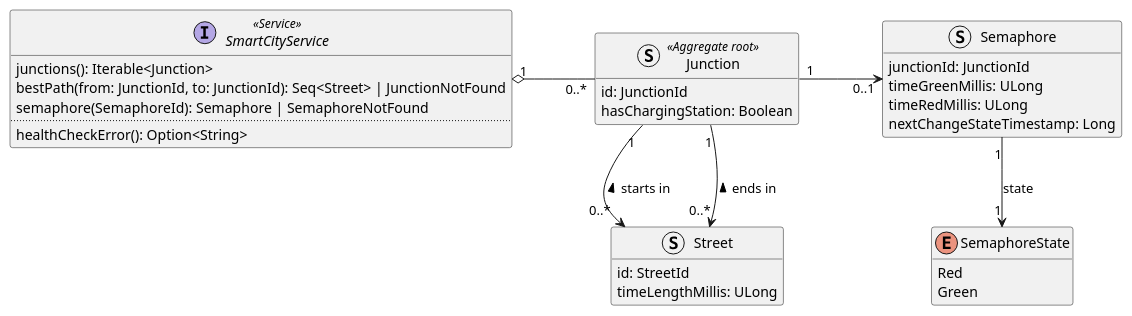
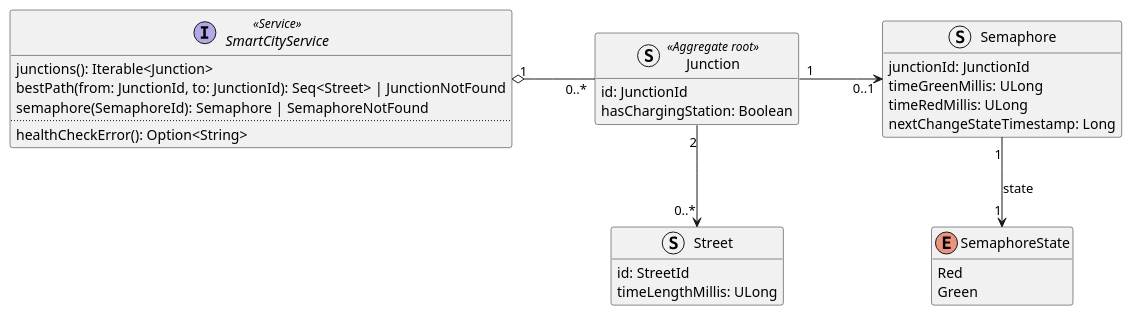
Before and after one commit to Ventus218/SAP-assignment-03: the diagram in doc/diagrams/src/smart-city-domain-model.puml, drawn with PlantUML.

Commit message:
Update Street-Junction relationship

```diff
--- a/doc/diagrams/src/smart-city-domain-model.puml
+++ b/doc/diagrams/src/smart-city-domain-model.puml
@@ -1,43 +1,41 @@
 @startuml smart-city-domain-model
 
 hide empty members
 
 struct Junction <<Aggregate root>> {
     id: JunctionId
     hasChargingStation: Boolean
 }
 
 struct Street {
     id: StreetId
     timeLengthMillis: ULong
 }
 
 struct Semaphore {
     junctionId: JunctionId
     timeGreenMillis: ULong
     timeRedMillis: ULong
     nextChangeStateTimestamp: Long
 }
 
 enum SemaphoreState {
     Red
     Green
 }
 
 interface SmartCityService <<Service>> {
     junctions(): Iterable<Junction>
     bestPath(from: JunctionId, to: JunctionId): Seq<Street> | JunctionNotFound
     semaphore(SemaphoreId): Semaphore | SemaphoreNotFound
     ..
     healthCheckError(): Option<String>
 }
 
 
 Junction "1" -r-> "0..1" Semaphore : "              "
-Street "0..*" <-u- "1" Junction : "starts in >"
-Street -u[hidden]- Junction
-Street "0..*" <-u- "1" Junction : "ends in >"
+Street "0..*" <-u- "2" Junction
 Semaphore "1" --> "1" SemaphoreState : "state"
 SmartCityService "1" o- "0..*" Junction : "              "
 
 @enduml
```
